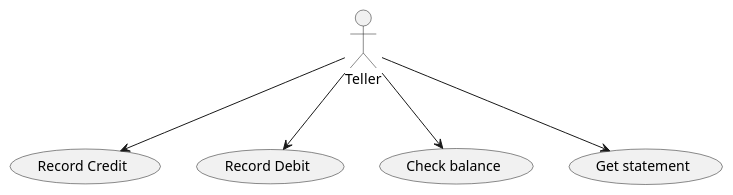
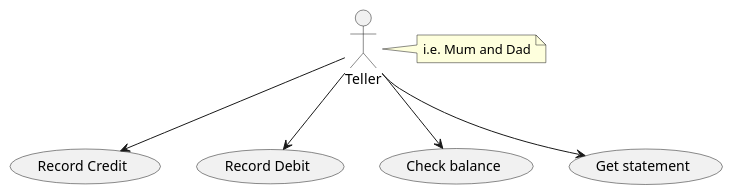
One commit to joaovicente/piggybank changed the diagram in piggybank-rest/docs/use-cases.puml. Above: the diagram before and after it, drawn with PlantUML.

Commit message:
Added label to use case diagram

```diff
--- a/piggybank-rest/docs/use-cases.puml
+++ b/piggybank-rest/docs/use-cases.puml
@@ -1,11 +1,11 @@
 @startuml
 
-
 actor Teller
+note right of Teller : i.e. Mum and Dad
 
 Teller --> (Record Credit)
 Teller --> (Record Debit)
 Teller --> (Check balance)
 Teller --> (Get statement)
 
 @enduml
```
